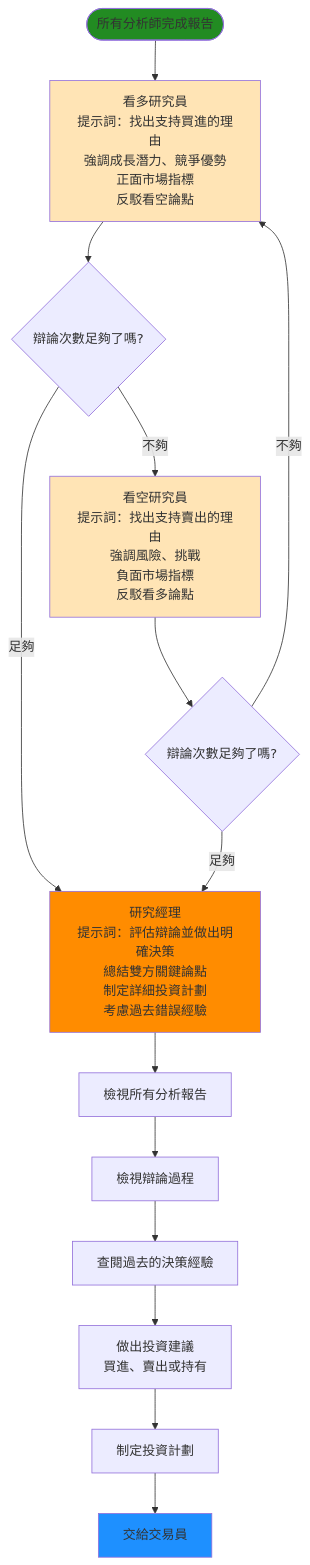
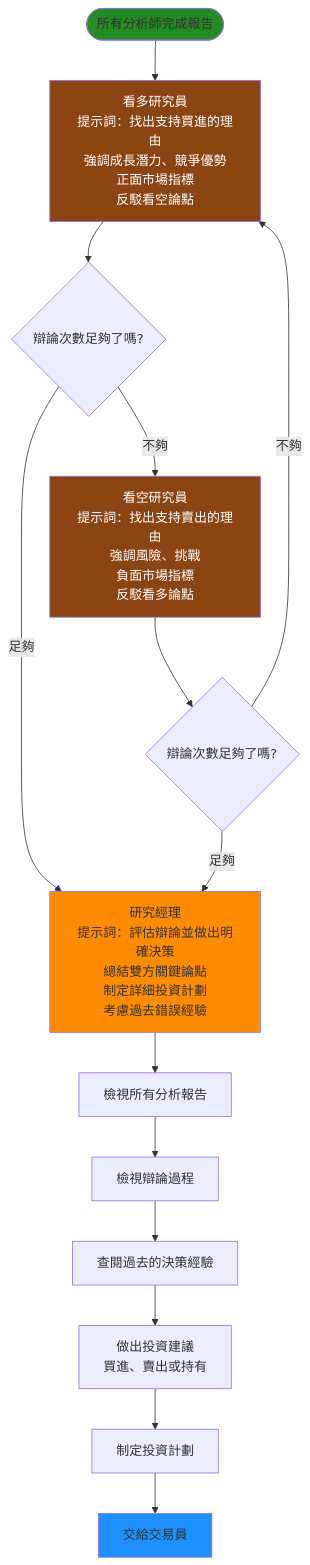
The sixth of 9 diagrams in 流程圖_簡化.md (chitienshih-wq/Git_Test), drawn with Mermaid before and after one commit. The commit also changed other lines of this file, not shown here.

````diff
--- a/流程圖_簡化.md
+++ b/流程圖_簡化.md
@@ -162,27 +162,27 @@
 ```mermaid
 flowchart TD
     Start([所有分析師完成報告]) --> BullResearcher[看多研究員<br/>提示詞：找出支持買進的理由<br/>強調成長潛力、競爭優勢<br/>正面市場指標<br/>反駁看空論點]
     
     BullResearcher --> CheckRounds{辯論次數足夠了嗎?}
     
     CheckRounds -->|不夠| BearResearcher[看空研究員<br/>提示詞：找出支持賣出的理由<br/>強調風險、挑戰<br/>負面市場指標<br/>反駁看多論點]
     CheckRounds -->|足夠| ResearchManager[研究經理<br/>提示詞：評估辯論並做出明確決策<br/>總結雙方關鍵論點<br/>制定詳細投資計劃<br/>考慮過去錯誤經驗]
     
     BearResearcher --> CheckRounds2{辯論次數足夠了嗎?}
     
     CheckRounds2 -->|不夠| BullResearcher
     CheckRounds2 -->|足夠| ResearchManager
     
     ResearchManager --> ReviewReports[檢視所有分析報告]
     ReviewReports --> ReviewDebate[檢視辯論過程]
     ReviewDebate --> CheckMemory[查閱過去的決策經驗]
     CheckMemory --> MakeDecision[做出投資建議<br/>買進、賣出或持有]
     MakeDecision --> CreatePlan[制定投資計劃]
     CreatePlan --> Trader[交給交易員]
     
     style Start fill:#228B22
     style ResearchManager fill:#FF8C00
     style Trader fill:#1E90FF
-    style BullResearcher fill:#FFE4B5
-    style BearResearcher fill:#FFE4B5
+    style BullResearcher fill:#8B4513,color:#FFFFFF
+    style BearResearcher fill:#8B4513,color:#FFFFFF
 ```
````
